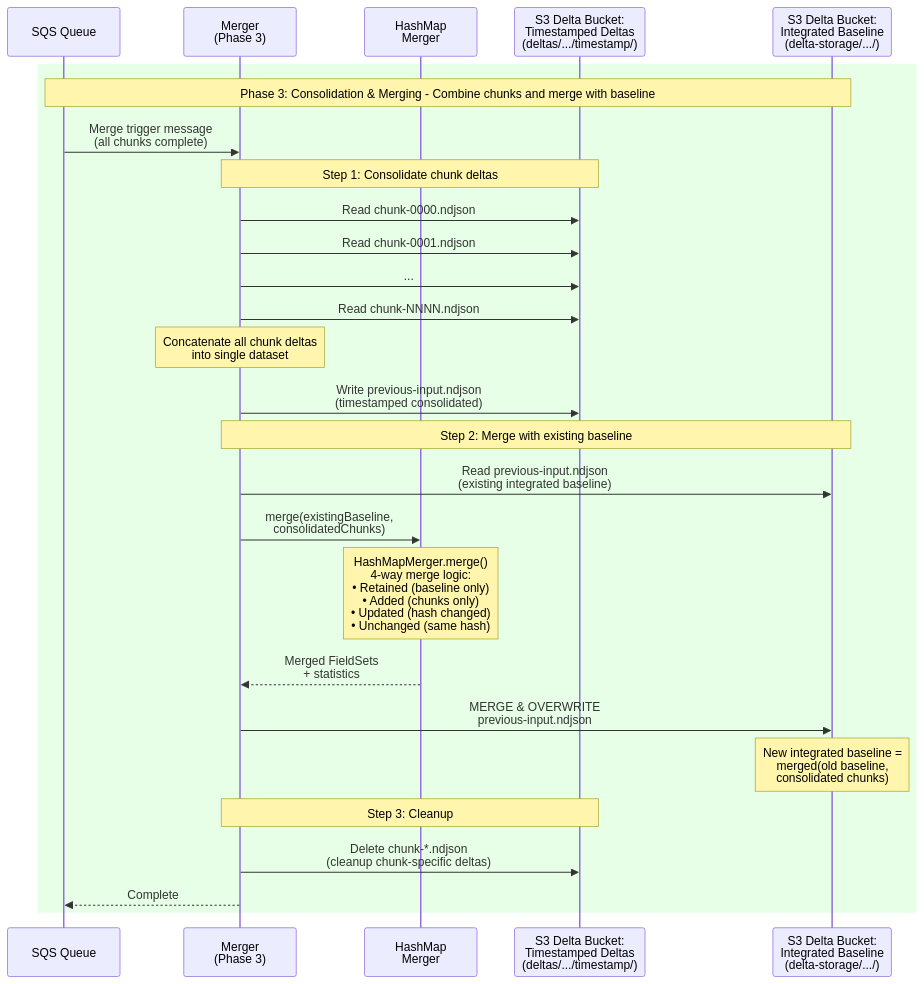
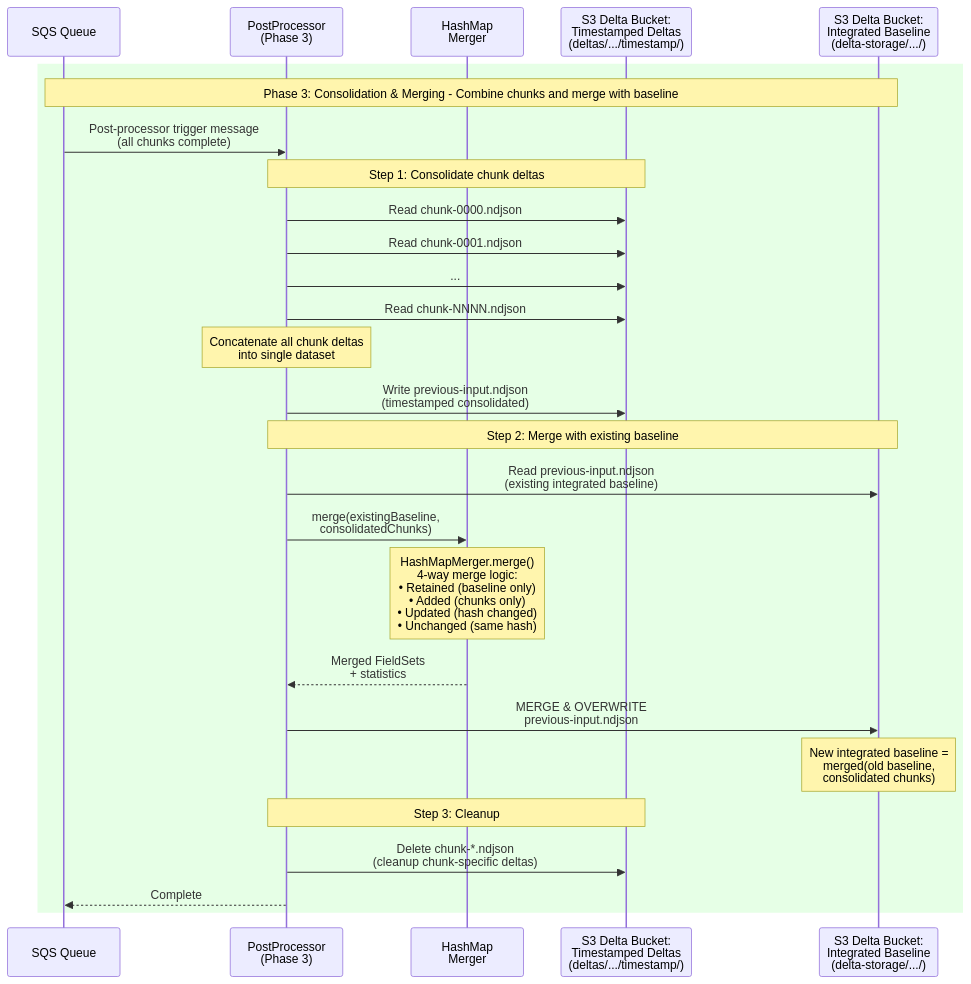
One commit to whennemuth/integration-huron-person-fargate changed the fifth of 5 diagrams in lib/services/README.md. Above: the diagram before and after it, drawn with Mermaid. The commit also changed other lines of this file and 82 other files, not shown here.

````diff
--- a/lib/services/README.md
+++ b/lib/services/README.md
@@ -178,42 +178,42 @@
 ```mermaid
 sequenceDiagram
     participant SQS as SQS Queue
-    participant Merger as Merger<br/>(Phase 3)
+    participant PostProcessor as PostProcessor<br/>(Phase 3)
     participant HM as HashMap<br/>Merger
     participant S3Temp as S3 Delta Bucket:<br/>Timestamped Deltas<br/>(deltas/.../timestamp/)
     participant S3Base as S3 Delta Bucket:<br/>Integrated Baseline<br/>(delta-storage/.../)
     
     rect rgb(230, 255, 230)
     Note over SQS,S3Base: Phase 3: Consolidation & Merging - Combine chunks and merge with baseline
     
-    SQS->>Merger: Merge trigger message<br/>(all chunks complete)
+    SQS->>PostProcessor: Post-processor trigger message<br/>(all chunks complete)
     
-    Note over Merger,S3Temp: Step 1: Consolidate chunk deltas
-    Merger->>S3Temp: Read chunk-0000.ndjson
-    Merger->>S3Temp: Read chunk-0001.ndjson
-    Merger->>S3Temp: ...
-    Merger->>S3Temp: Read chunk-NNNN.ndjson
+    Note over PostProcessor,S3Temp: Step 1: Consolidate chunk deltas
+    PostProcessor->>S3Temp: Read chunk-0000.ndjson
+    PostProcessor->>S3Temp: Read chunk-0001.ndjson
+    PostProcessor->>S3Temp: ...
+    PostProcessor->>S3Temp: Read chunk-NNNN.ndjson
     
-    Note over Merger: Concatenate all chunk deltas<br/>into single dataset
+    Note over PostProcessor: Concatenate all chunk deltas<br/>into single dataset
     
-    Merger->>S3Temp: Write previous-input.ndjson<br/>(timestamped consolidated)
+    PostProcessor->>S3Temp: Write previous-input.ndjson<br/>(timestamped consolidated)
     
-    Note over Merger,S3Base: Step 2: Merge with existing baseline
-    Merger->>S3Base: Read previous-input.ndjson<br/>(existing integrated baseline)
+    Note over PostProcessor,S3Base: Step 2: Merge with existing baseline
+    PostProcessor->>S3Base: Read previous-input.ndjson<br/>(existing integrated baseline)
     
-    Merger->>HM: merge(existingBaseline,<br/>consolidatedChunks)
+    PostProcessor->>HM: merge(existingBaseline,<br/>consolidatedChunks)
     
     Note over HM: HashMapMerger.merge()<br/>4-way merge logic:<br/>• Retained (baseline only)<br/>• Added (chunks only)<br/>• Updated (hash changed)<br/>• Unchanged (same hash)
     
-    HM-->>Merger: Merged FieldSets<br/>+ statistics
+    HM-->>PostProcessor: Merged FieldSets<br/>+ statistics
     
-    Merger->>S3Base: MERGE & OVERWRITE<br/>previous-input.ndjson
+    PostProcessor->>S3Base: MERGE & OVERWRITE<br/>previous-input.ndjson
     
     Note over S3Base: New integrated baseline =<br/>merged(old baseline,<br/>consolidated chunks)
     
-    Note over Merger,S3Temp: Step 3: Cleanup
-    Merger->>S3Temp: Delete chunk-*.ndjson<br/>(cleanup chunk-specific deltas)
+    Note over PostProcessor,S3Temp: Step 3: Cleanup
+    PostProcessor->>S3Temp: Delete chunk-*.ndjson<br/>(cleanup chunk-specific deltas)
     
-    Merger-->>SQS: Complete
+    PostProcessor-->>SQS: Complete
     end
 ```
````
